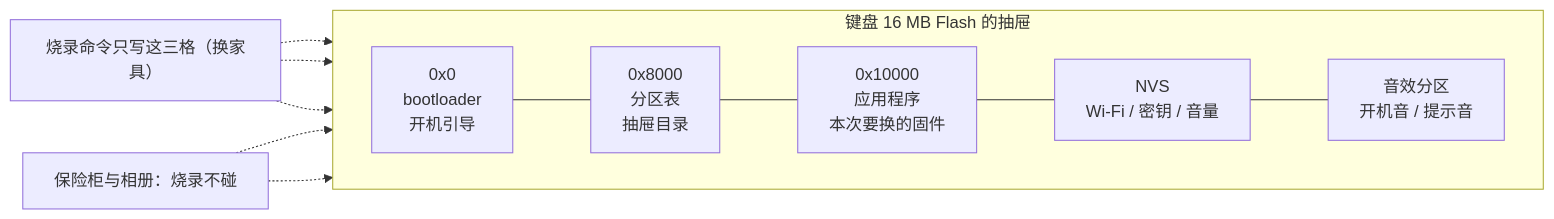
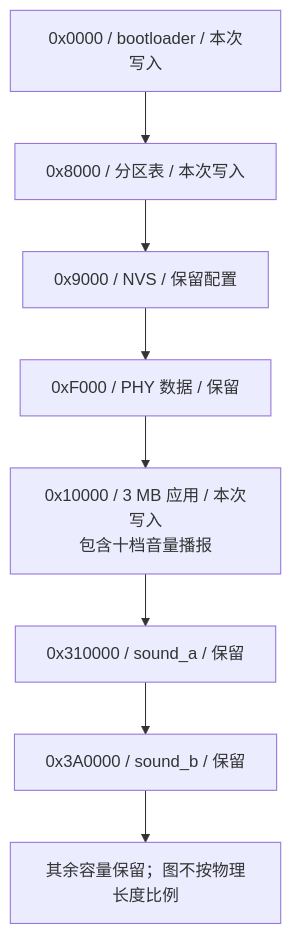
The diagram in projects/feishu_tutorial_20260817/boards/wb04_Flash分区.mmd (Larkspur-Wang/Codex_Keyboard), drawn with Mermaid before and after one commit. The commit also changed 87 other files, not shown here.

```diff
--- a/projects/feishu_tutorial_20260817/boards/wb04_Flash分区.mmd
+++ b/projects/feishu_tutorial_20260817/boards/wb04_Flash分区.mmd
@@ -1,10 +1,8 @@
-flowchart LR
-    subgraph F["键盘 16 MB Flash 的抽屉"]
-        direction LR
-        A["0x0<br/>bootloader<br/>开机引导"] --- B["0x8000<br/>分区表<br/>抽屉目录"] --- C["0x10000<br/>应用程序<br/>本次要换的固件"] --- D["NVS<br/>Wi-Fi / 密钥 / 音量"] --- E["音效分区<br/>开机音 / 提示音"]
-    end
-    W["烧录命令只写这三格（换家具）"] -.-> A
-    W -.-> B
-    W -.-> C
-    S["保险柜与相册：烧录不碰"] -.-> D
-    S -.-> E
+flowchart TD
+    A["0x0000 / bootloader / 本次写入"] --> B["0x8000 / 分区表 / 本次写入"]
+    B --> N["0x9000 / NVS / 保留配置"]
+    N --> P["0xF000 / PHY 数据 / 保留"]
+    P --> C["0x10000 / 3 MB 应用 / 本次写入<br/>包含十档音量播报"]
+    C --> D["0x310000 / sound_a / 保留"]
+    D --> E["0x3A0000 / sound_b / 保留"]
+    E --> R["其余容量保留；图不按物理长度比例"]
```
